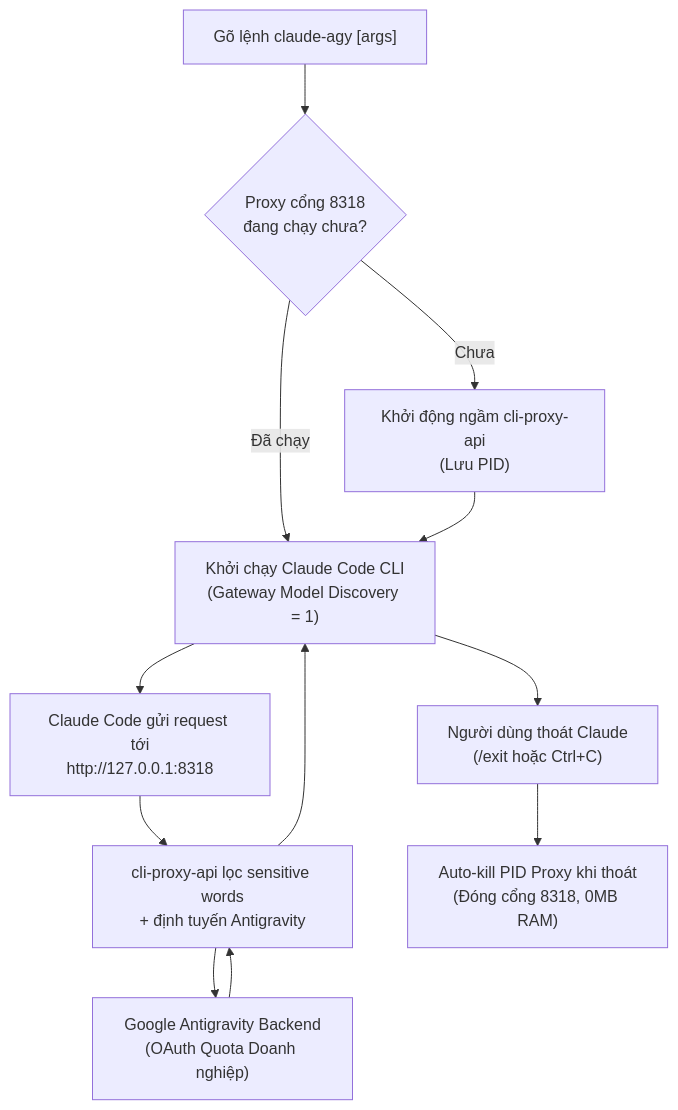
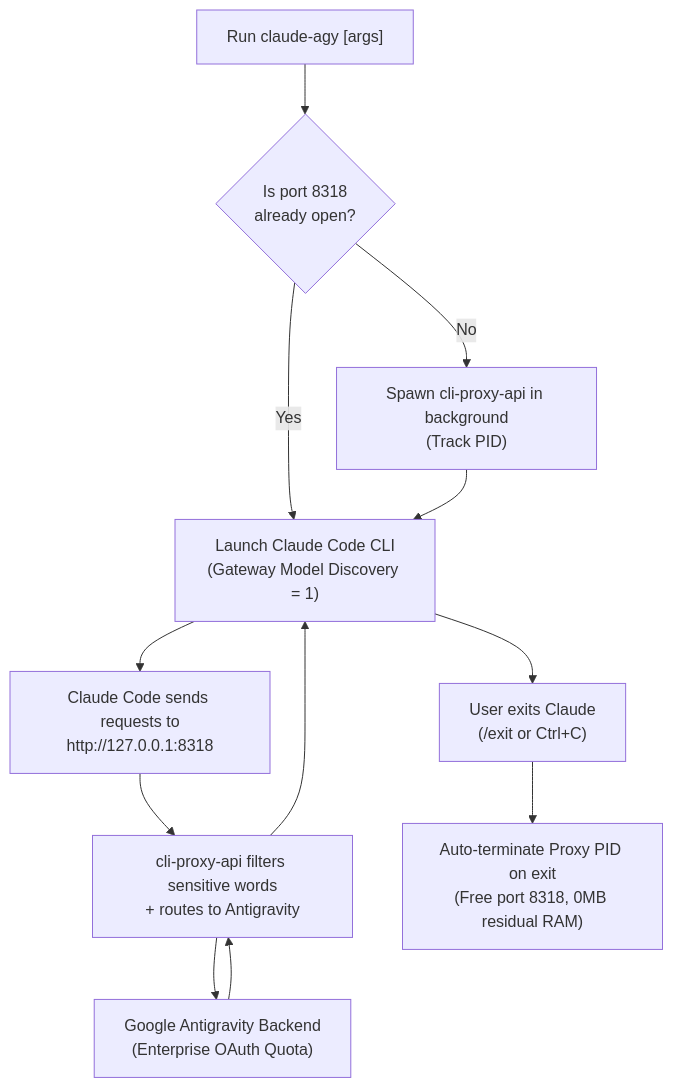
Before and after one commit to tuquet/skills: the diagram in skills/claude-agy/SKILL.md, drawn with Mermaid. The commit also changed other lines of this file and 4 other files, not shown here.

Commit message:
docs(claude-agy): standardize all documentation, scripts, and logs to 100% professional English

````diff
--- a/skills/claude-agy/SKILL.md
+++ b/skills/claude-agy/SKILL.md
@@ -17,14 +17,14 @@
 ```mermaid
 flowchart TD
-    A["Gõ lệnh claude-agy [args]"] --> B{"Proxy cổng 8318<br/>đang chạy chưa?"}
-    B -- "Chưa" --> C["Khởi động ngầm cli-proxy-api<br/>(Lưu PID)"]
-    B -- "Đã chạy" --> D["Khởi chạy Claude Code CLI<br/>(Gateway Model Discovery = 1)"]
+    A["Run claude-agy [args]"] --> B{"Is port 8318<br/>already open?"}
+    B -- "No" --> C["Spawn cli-proxy-api in background<br/>(Track PID)"]
+    B -- "Yes" --> D["Launch Claude Code CLI<br/>(Gateway Model Discovery = 1)"]
     C --> D
-    D --> E["Claude Code gửi request tới<br/>http://127.0.0.1:8318"]
-    E --> F["cli-proxy-api lọc sensitive words<br/>+ định tuyến Antigravity"]
-    F --> G["Google Antigravity Backend<br/>(OAuth Quota Doanh nghiệp)"]
+    D --> E["Claude Code sends requests to<br/>http://127.0.0.1:8318"]
+    E --> F["cli-proxy-api filters sensitive words<br/>+ routes to Antigravity"]
+    F --> G["Google Antigravity Backend<br/>(Enterprise OAuth Quota)"]
     G --> F
     F --> D
-    D --> H["Người dùng thoát Claude<br/>(/exit hoặc Ctrl+C)"]
-    H --> I["Auto-kill PID Proxy khi thoát<br/>(Đóng cổng 8318, 0MB RAM)"]
+    D --> H["User exits Claude<br/>(/exit or Ctrl+C)"]
+    H --> I["Auto-terminate Proxy PID on exit<br/>(Free port 8318, 0MB residual RAM)"]
 ```
````
